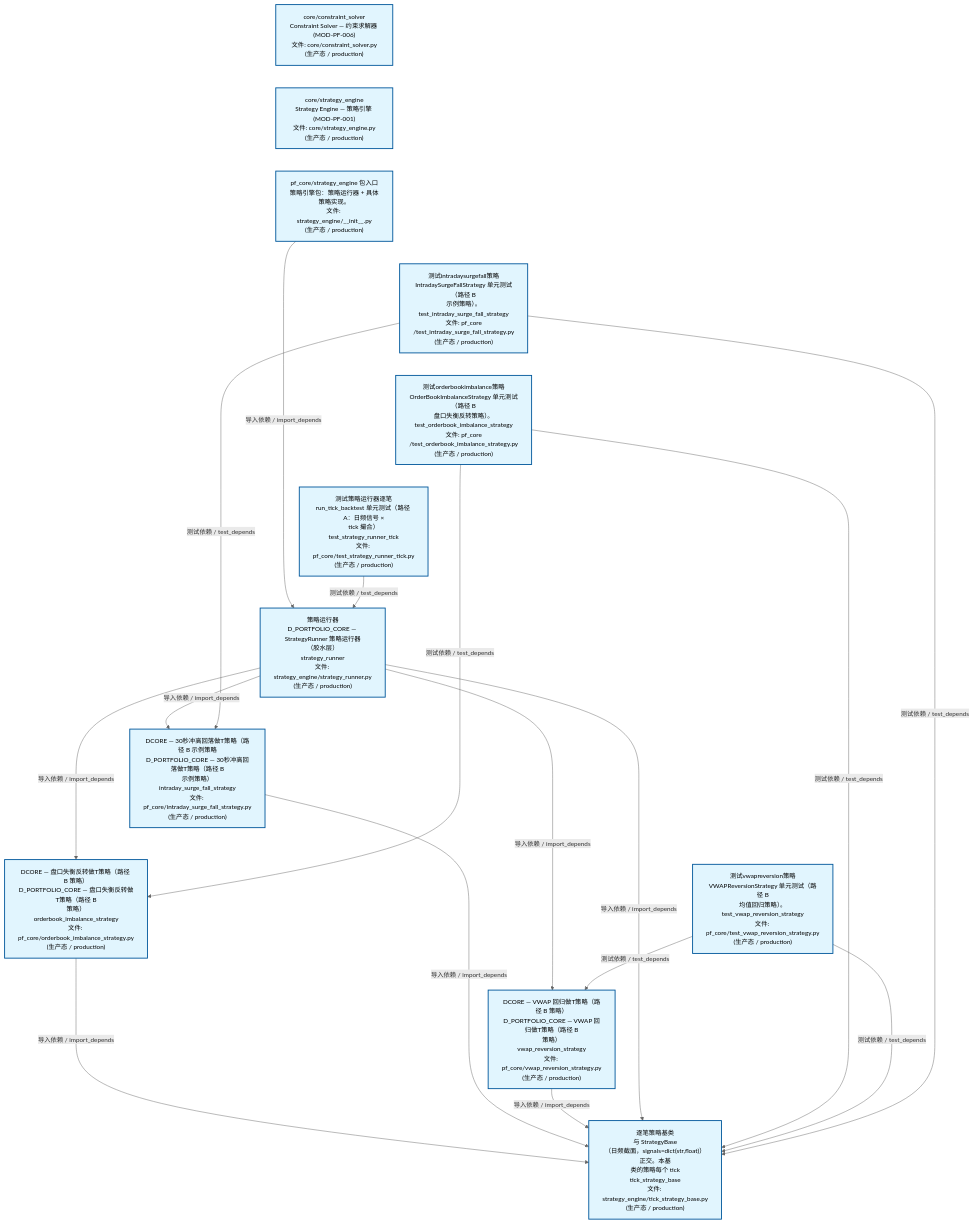
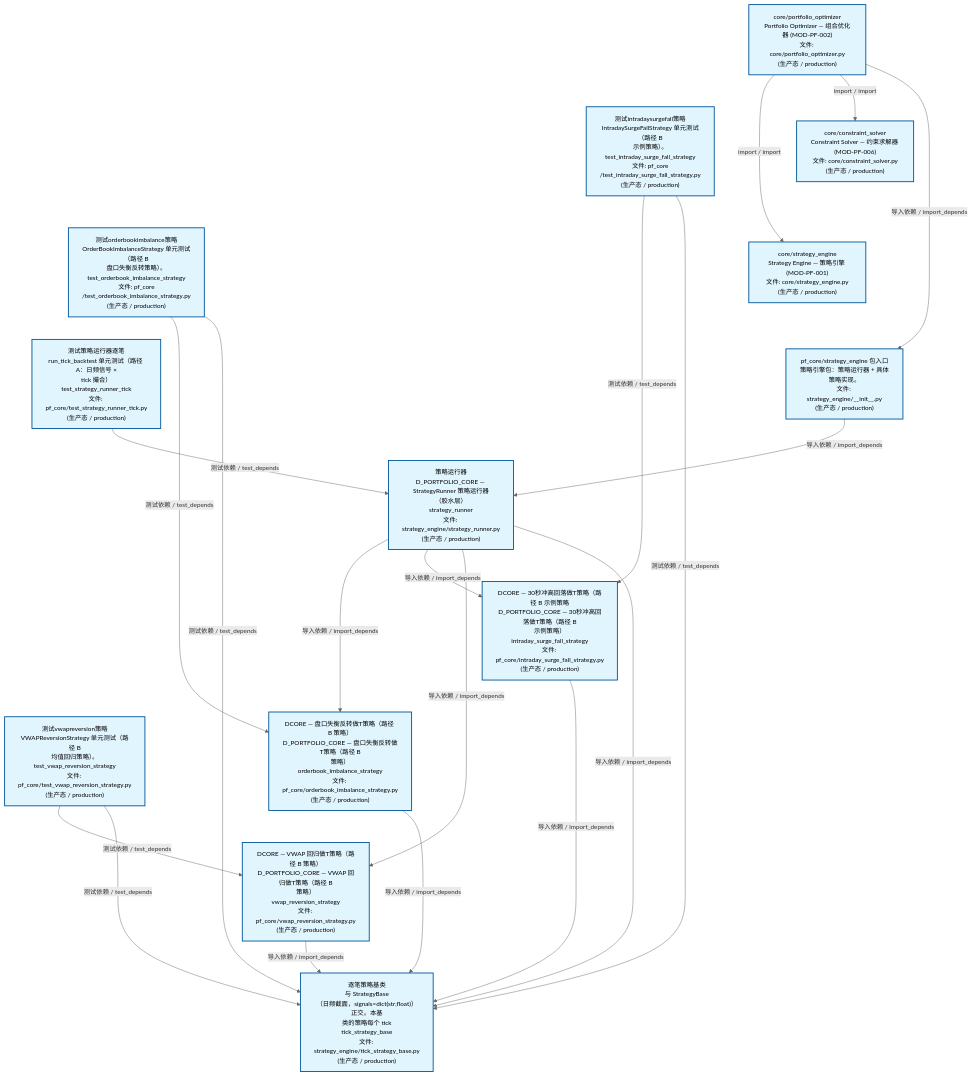
One commit to xuanFelixVan/ZephyrAlpha changed the second of 4 diagrams in docs/02_enterprise_architecture/02_domain_architecture_docs/63_d_pf_core.md. Above: the diagram before and after it, drawn with Mermaid. The commit also changed other lines of this file and 6 other files, not shown here.

````diff
--- a/docs/02_enterprise_architecture/02_domain_architecture_docs/63_d_pf_core.md
+++ b/docs/02_enterprise_architecture/02_domain_architecture_docs/63_d_pf_core.md
@@ -139,44 +139,48 @@
 ```mermaid
 %%{init: {'theme': 'base', 'themeVariables': {'primaryColor': '#eaeaea', 'primaryTextColor': '#333333', 'primaryBorderColor': '#666666', 'lineColor': '#666666', 'secondaryColor': '#eaeaea', 'tertiaryColor': '#eaeaea', 'fontSize': '14px'}}}%%
 flowchart TD
-    src_zephyr_pf_core_core_constraint_solver_py["core/constraint_solver<br/>Constraint Solver — 约束求解器 (MOD-PF-006)<br/>文件: core/constraint_solver.py<br/>(生产态 / production)"]
-    src_zephyr_pf_core_core_strategy_engine_py["core/strategy_engine<br/>Strategy Engine — 策略引擎 (MOD-PF-001)<br/>文件: core/strategy_engine.py<br/>(生产态 / production)"]
-    src_zephyr_pf_core_strategy_engine_init_py["pf_core/strategy_engine 包入口<br/>策略引擎包：策略运行器 + 具体策略实现。<br/>文件: strategy_engine/__init__.py<br/>(生产态 / production)"]
+    src_zephyr_pf_core_core_portfolio_optimizer_py["core/portfolio_optimizer<br/>Portfolio Optimizer — 组合优化器 (MOD-PF-002)<br/>文件: core/portfolio_optimizer.py<br/>(生产态 / production)"]
     tests_pf_core_test_intraday_surge_fall_strategy_py["测试intradaysurgefall策略<br/>IntradaySurgeFallStrategy 单元测试（路径 B<br/>示例策略）。<br/>test_intraday_surge_fall_strategy<br/>文件: pf_core<br/>/test_intraday_surge_fall_strategy.py<br/>(生产态 / production)"]
     tests_pf_core_test_orderbook_imbalance_strategy_py["测试orderbookimbalance策略<br/>OrderBookImbalanceStrategy 单元测试（路径 B<br/>盘口失衡反转策略）。<br/>test_orderbook_imbalance_strategy<br/>文件: pf_core<br/>/test_orderbook_imbalance_strategy.py<br/>(生产态 / production)"]
     tests_pf_core_test_strategy_runner_tick_py["测试策略运行器逐笔<br/>run_tick_backtest 单元测试（路径 A：日频信号 ×<br/>tick 撮合）<br/>test_strategy_runner_tick<br/>文件: pf_core/test_strategy_runner_tick.py<br/>(生产态 / production)"]
     tests_pf_core_test_vwap_reversion_strategy_py["测试vwapreversion策略<br/>VWAPReversionStrategy 单元测试（路径 B<br/>均值回归策略）。<br/>test_vwap_reversion_strategy<br/>文件: pf_core/test_vwap_reversion_strategy.py<br/>(生产态 / production)"]
-    src_zephyr_pf_core_core_constraint_solver_py ~~~ src_zephyr_pf_core_core_strategy_engine_py
-    src_zephyr_pf_core_core_strategy_engine_py ~~~ src_zephyr_pf_core_strategy_engine_init_py
-    src_zephyr_pf_core_strategy_engine_init_py ~~~ tests_pf_core_test_intraday_surge_fall_strategy_py
+    src_zephyr_pf_core_core_portfolio_optimizer_py ~~~ tests_pf_core_test_intraday_surge_fall_strategy_py
     tests_pf_core_test_intraday_surge_fall_strategy_py ~~~ tests_pf_core_test_orderbook_imbalance_strategy_py
     tests_pf_core_test_orderbook_imbalance_strategy_py ~~~ tests_pf_core_test_strategy_runner_tick_py
     tests_pf_core_test_strategy_runner_tick_py ~~~ tests_pf_core_test_vwap_reversion_strategy_py
+    src_zephyr_pf_core_core_constraint_solver_py["core/constraint_solver<br/>Constraint Solver — 约束求解器 (MOD-PF-006)<br/>文件: core/constraint_solver.py<br/>(生产态 / production)"]
+    src_zephyr_pf_core_core_strategy_engine_py["core/strategy_engine<br/>Strategy Engine — 策略引擎 (MOD-PF-001)<br/>文件: core/strategy_engine.py<br/>(生产态 / production)"]
+    src_zephyr_pf_core_strategy_engine_init_py["pf_core/strategy_engine 包入口<br/>策略引擎包：策略运行器 + 具体策略实现。<br/>文件: strategy_engine/__init__.py<br/>(生产态 / production)"]
+    src_zephyr_pf_core_core_constraint_solver_py ~~~ src_zephyr_pf_core_core_strategy_engine_py
+    src_zephyr_pf_core_core_strategy_engine_py ~~~ src_zephyr_pf_core_strategy_engine_init_py
     src_zephyr_pf_core_strategy_engine_strategy_runner_py["策略运行器<br/>D_PORTFOLIO_CORE — StrategyRunner 策略运行器<br/>（胶水层）<br/>strategy_runner<br/>文件: strategy_engine/strategy_runner.py<br/>(生产态 / production)"]
     src_zephyr_pf_core_intraday_surge_fall_strategy_py["DCORE — 30秒冲高回落做T策略（路径 B 示例策略<br/>D_PORTFOLIO_CORE — 30秒冲高回落做T策略（路径 B<br/>示例策略）<br/>intraday_surge_fall_strategy<br/>文件: pf_core/intraday_surge_fall_strategy.py<br/>(生产态 / production)"]
     src_zephyr_pf_core_orderbook_imbalance_strategy_py["DCORE — 盘口失衡反转做T策略（路径 B 策略）<br/>D_PORTFOLIO_CORE — 盘口失衡反转做T策略（路径 B<br/>策略）<br/>orderbook_imbalance_strategy<br/>文件: pf_core/orderbook_imbalance_strategy.py<br/>(生产态 / production)"]
     src_zephyr_pf_core_vwap_reversion_strategy_py["DCORE — VWAP 回归做T策略（路径 B 策略）<br/>D_PORTFOLIO_CORE — VWAP 回归做T策略（路径 B<br/>策略）<br/>vwap_reversion_strategy<br/>文件: pf_core/vwap_reversion_strategy.py<br/>(生产态 / production)"]
     src_zephyr_pf_core_intraday_surge_fall_strategy_py ~~~ src_zephyr_pf_core_orderbook_imbalance_strategy_py
     src_zephyr_pf_core_orderbook_imbalance_strategy_py ~~~ src_zephyr_pf_core_vwap_reversion_strategy_py
     src_zephyr_pf_core_strategy_engine_tick_strategy_base_py["逐笔策略基类<br/>与 StrategyBase<br/>（日频截面，signals=dict(str,float)）正交。本基<br/>类的策略每个 tick<br/>tick_strategy_base<br/>文件: strategy_engine/tick_strategy_base.py<br/>(生产态 / production)"]
+    src_zephyr_pf_core_core_portfolio_optimizer_py -->|import / import| src_zephyr_pf_core_core_strategy_engine_py
+    src_zephyr_pf_core_core_portfolio_optimizer_py -->|import / import| src_zephyr_pf_core_core_constraint_solver_py
+    src_zephyr_pf_core_core_portfolio_optimizer_py -->|导入依赖 / import_depends| src_zephyr_pf_core_strategy_engine_init_py
     src_zephyr_pf_core_orderbook_imbalance_strategy_py -->|导入依赖 / import_depends| src_zephyr_pf_core_strategy_engine_tick_strategy_base_py
     src_zephyr_pf_core_intraday_surge_fall_strategy_py -->|导入依赖 / import_depends| src_zephyr_pf_core_strategy_engine_tick_strategy_base_py
     src_zephyr_pf_core_vwap_reversion_strategy_py -->|导入依赖 / import_depends| src_zephyr_pf_core_strategy_engine_tick_strategy_base_py
     src_zephyr_pf_core_strategy_engine_init_py -->|导入依赖 / import_depends| src_zephyr_pf_core_strategy_engine_strategy_runner_py
     src_zephyr_pf_core_strategy_engine_strategy_runner_py -->|导入依赖 / import_depends| src_zephyr_pf_core_orderbook_imbalance_strategy_py
     src_zephyr_pf_core_strategy_engine_strategy_runner_py -->|导入依赖 / import_depends| src_zephyr_pf_core_intraday_surge_fall_strategy_py
     src_zephyr_pf_core_strategy_engine_strategy_runner_py -->|导入依赖 / import_depends| src_zephyr_pf_core_vwap_reversion_strategy_py
     src_zephyr_pf_core_strategy_engine_strategy_runner_py -->|导入依赖 / import_depends| src_zephyr_pf_core_strategy_engine_tick_strategy_base_py
     tests_pf_core_test_strategy_runner_tick_py -->|测试依赖 / test_depends| src_zephyr_pf_core_strategy_engine_strategy_runner_py
     tests_pf_core_test_orderbook_imbalance_strategy_py -->|测试依赖 / test_depends| src_zephyr_pf_core_orderbook_imbalance_strategy_py
     tests_pf_core_test_orderbook_imbalance_strategy_py -->|测试依赖 / test_depends| src_zephyr_pf_core_strategy_engine_tick_strategy_base_py
     tests_pf_core_test_vwap_reversion_strategy_py -->|测试依赖 / test_depends| src_zephyr_pf_core_vwap_reversion_strategy_py
     tests_pf_core_test_vwap_reversion_strategy_py -->|测试依赖 / test_depends| src_zephyr_pf_core_strategy_engine_tick_strategy_base_py
     tests_pf_core_test_intraday_surge_fall_strategy_py -->|测试依赖 / test_depends| src_zephyr_pf_core_intraday_surge_fall_strategy_py
     tests_pf_core_test_intraday_surge_fall_strategy_py -->|测试依赖 / test_depends| src_zephyr_pf_core_strategy_engine_tick_strategy_base_py
     classDef production fill:#e1f5fe,stroke:#01579b,stroke-width:2px,color:#000
     classDef design fill:#fff3e0,stroke:#e65100,stroke-width:2px,color:#000,stroke-dasharray: 5 5
     classDef external_prod fill:#e8f4fd,stroke:#0277bd,stroke-width:1px,color:#000
     classDef external_design fill:#fff8e7,stroke:#ef6c00,stroke-width:1px,color:#000,stroke-dasharray: 5 5
-    class src_zephyr_pf_core_core_constraint_solver_py,src_zephyr_pf_core_core_strategy_engine_py,src_zephyr_pf_core_intraday_surge_fall_strategy_py,src_zephyr_pf_core_orderbook_imbalance_strategy_py,src_zephyr_pf_core_strategy_engine_init_py,src_zephyr_pf_core_strategy_engine_strategy_runner_py,src_zephyr_pf_core_strategy_engine_tick_strategy_base_py,src_zephyr_pf_core_vwap_reversion_strategy_py,tests_pf_core_test_intraday_surge_fall_strategy_py,tests_pf_core_test_orderbook_imbalance_strategy_py,tests_pf_core_test_strategy_runner_tick_py,tests_pf_core_test_vwap_reversion_strategy_py production
+    class src_zephyr_pf_core_core_constraint_solver_py,src_zephyr_pf_core_core_portfolio_optimizer_py,src_zephyr_pf_core_core_strategy_engine_py,src_zephyr_pf_core_intraday_surge_fall_strategy_py,src_zephyr_pf_core_orderbook_imbalance_strategy_py,src_zephyr_pf_core_strategy_engine_init_py,src_zephyr_pf_core_strategy_engine_strategy_runner_py,src_zephyr_pf_core_strategy_engine_tick_strategy_base_py,src_zephyr_pf_core_vwap_reversion_strategy_py,tests_pf_core_test_intraday_surge_fall_strategy_py,tests_pf_core_test_orderbook_imbalance_strategy_py,tests_pf_core_test_strategy_runner_tick_py,tests_pf_core_test_vwap_reversion_strategy_py production
 ```
````
